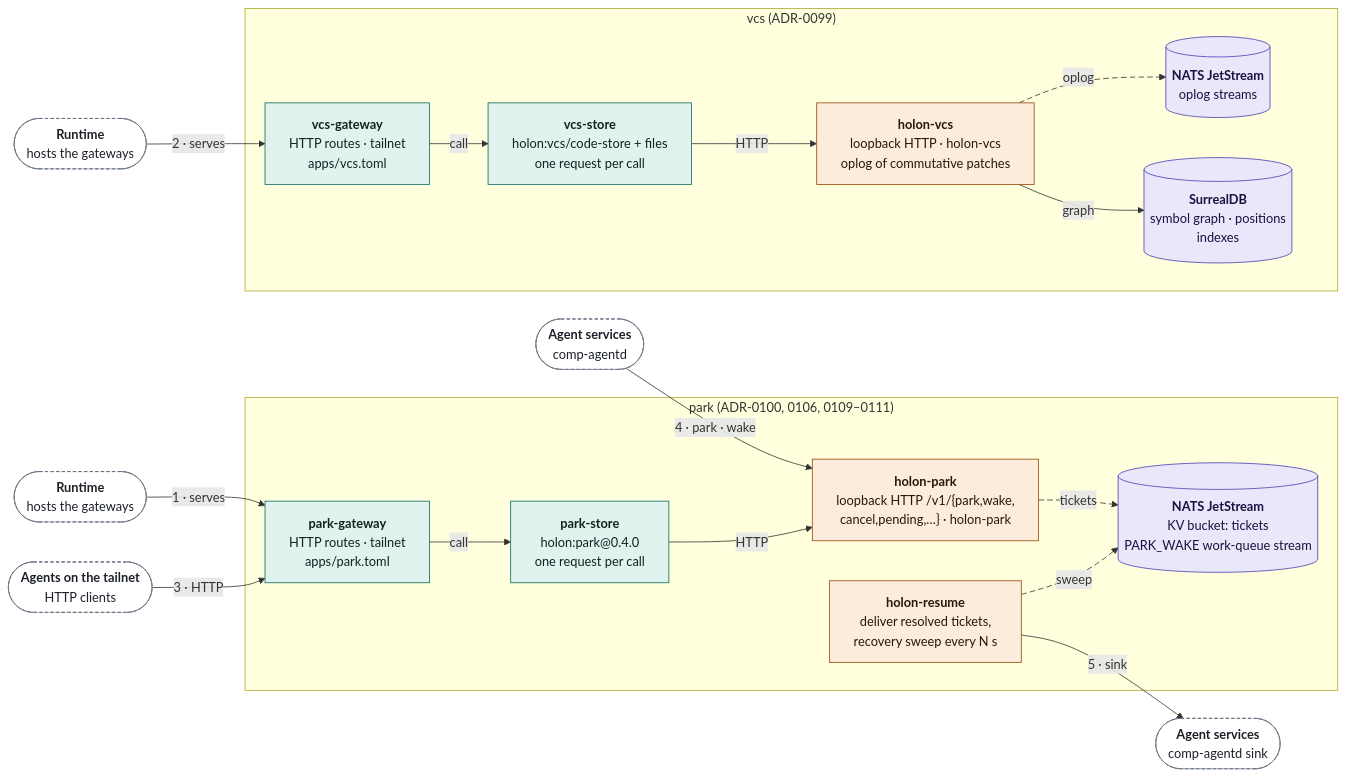
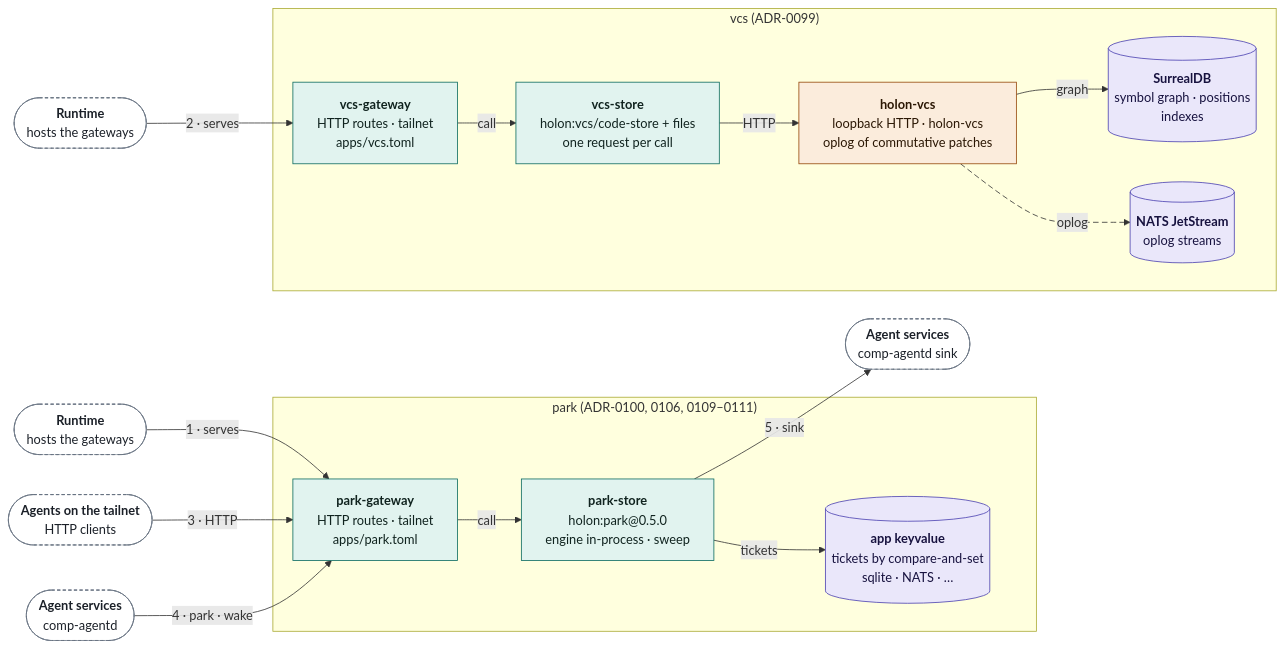
The seventh of 11 diagrams in docs/ARCHITECTURE.md (markkovari/holon), drawn with Mermaid before and after one commit. The commit also changed other lines of this file and 59 other files, not shown here.

First line of the commit message:
feat(components): the free LLM queue and park are components — holon-llmbatch, comp-park and comp-resume are deleted (#534)

````diff
--- a/docs/ARCHITECTURE.md
+++ b/docs/ARCHITECTURE.md
@@ -462,46 +463,40 @@
 ```mermaid
 %%{init: {"flowchart": {"wrappingWidth": 360}}}%%
 flowchart LR
   classDef wasm fill:#e1f3ef,stroke:#0a6a5f,color:#10231f
   classDef native fill:#fbecdc,stroke:#954709,color:#2b1704
   classDef store fill:#eae7fa,stroke:#4a3fb0,color:#17123f
   classDef actor fill:#e4ebf7,stroke:#2a4977,color:#0f1d33
   classDef spec fill:#eef1f5,stroke:#465160,color:#1b2028
   classDef ext fill:#ffffff,stroke:#667180,color:#1b2028,stroke-dasharray:5 4
   classDef ghost fill:#ffffff,stroke:#667180,color:#1b2028,stroke-dasharray:4 3
   subgraph grp_park["park (ADR-0100, 0106, 0109–0111)"]
     n_pgw["<b>park-gateway</b><br/>HTTP routes · tailnet<br/>apps/park.toml"]:::wasm
-    n_pst["<b>park-store</b><br/>holon:park@0.4.0<br/>one request per call"]:::wasm
-    n_ppark["<b>holon-park</b><br/>loopback HTTP /v1/{park,wake,<br/>cancel,pending,…} · holon-park"]:::native
-    n_ptk[("<b>NATS JetStream</b><br/>KV bucket: tickets<br/>PARK_WAKE work-queue stream")]:::store
-    n_pres["<b>holon-resume</b><br/>deliver resolved tickets,<br/>recovery sweep every N s"]:::native
+    n_pst["<b>park-store</b><br/>holon:park@0.5.0<br/>engine in-process · sweep"]:::wasm
+    n_ptk[("<b>app keyvalue</b><br/>tickets by compare-and-set<br/>sqlite · NATS · …")]:::store
   end
   subgraph grp_vcs["vcs (ADR-0099)"]
     n_vgw["<b>vcs-gateway</b><br/>HTTP routes · tailnet<br/>apps/vcs.toml"]:::wasm
     n_vst["<b>vcs-store</b><br/>holon:vcs/code-store + files<br/>one request per call"]:::wasm
     n_vvcs["<b>holon-vcs</b><br/>loopback HTTP · holon-vcs<br/>oplog of commutative patches"]:::native
     n_vsur[("<b>SurrealDB</b><br/>symbol graph · positions<br/>indexes")]:::store
     n_vlog[("<b>NATS JetStream</b><br/>oplog streams")]:::store
   end
   n_g_run(["<b>Runtime</b><br/>hosts the gateways"]):::ghost
   n_g_run2(["<b>Runtime</b><br/>hosts the gateways"]):::ghost
   n_g_cl(["<b>Agents on the tailnet</b><br/>HTTP clients"]):::ghost
   n_g_ag1(["<b>Agent services</b><br/>comp-agentd"]):::ghost
   n_g_ag2(["<b>Agent services</b><br/>comp-agentd sink"]):::ghost
   n_pgw -- "call" --> n_pst
-  n_pst -- "HTTP" --> n_ppark
-  n_ppark -- "tickets" --> n_ptk
-  n_pres -- "sweep" --> n_ptk
+  n_pst -- "tickets" --> n_ptk
   n_vgw -- "call" --> n_vst
   n_vst -- "HTTP" --> n_vvcs
   n_vvcs -- "oplog" --> n_vlog
   n_vvcs -- "graph" --> n_vsur
   n_g_run -- "1 · serves" --> n_pgw
   n_g_run2 -- "2 · serves" --> n_vgw
   n_g_cl -- "3 · HTTP" --> n_pgw
-  n_g_ag1 -- "4 · park · wake" --> n_ppark
-  n_pres -- "5 · sink" --> n_g_ag2
-  linkStyle 2 stroke-dasharray:7 4
-  linkStyle 3 stroke-dasharray:7 4
-  linkStyle 6 stroke-dasharray:7 4
+  n_g_ag1 -- "4 · park · wake" --> n_pgw
+  n_pst -- "5 · sink" --> n_g_ag2
+  linkStyle 4 stroke-dasharray:7 4
 ```
````
